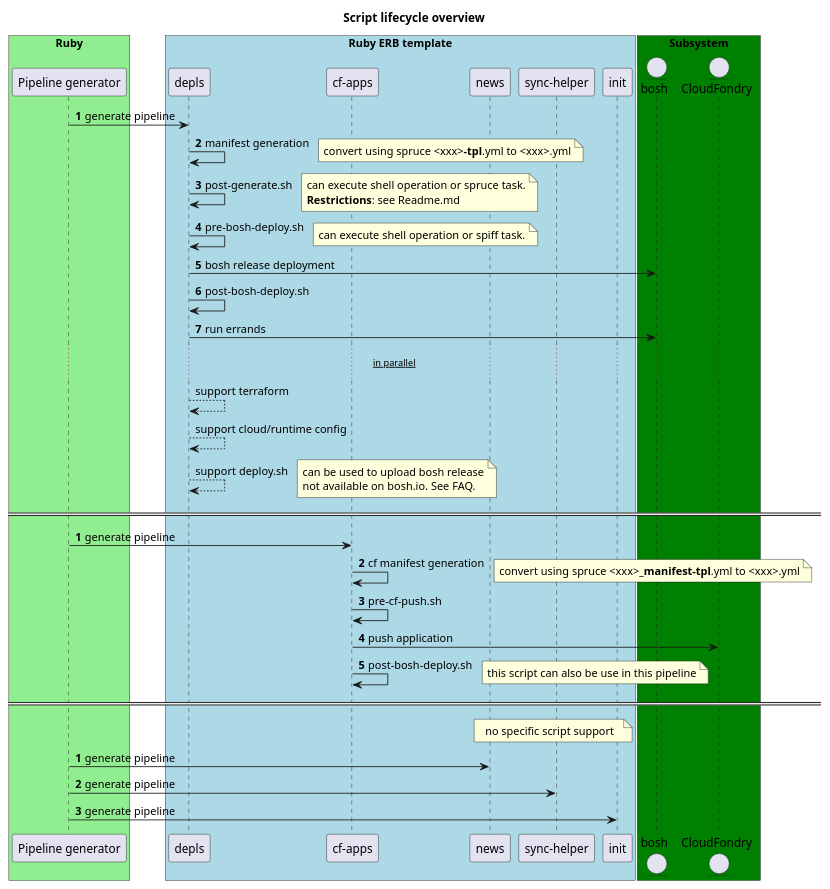
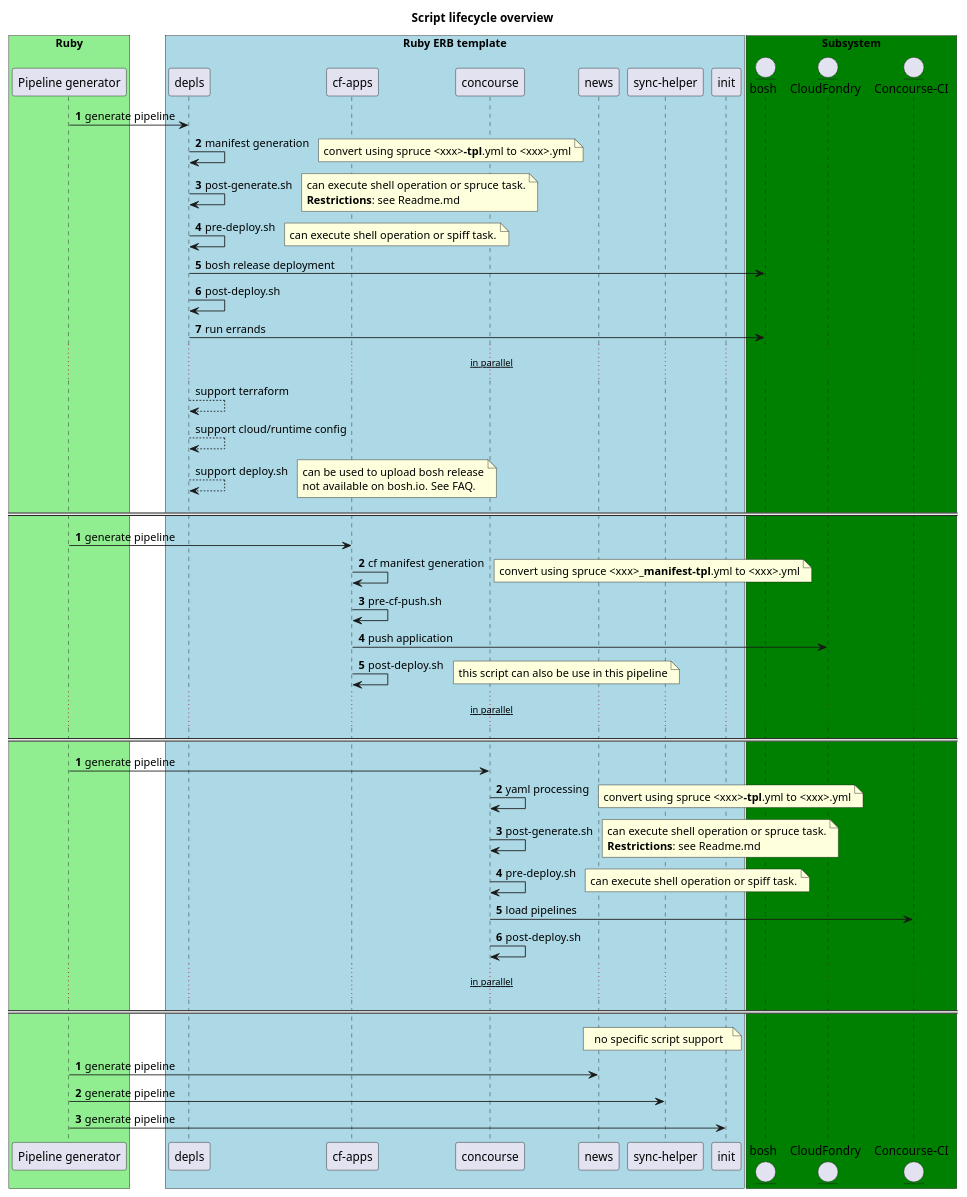
The diagram in docs/script-lifecycle-overview.puml (orange-cloudfoundry/cf-ops-automation), drawn with PlantUML before and after one commit. The commit also changed 9 other files, not shown here.

First line of the commit message:
task(spiff_pre_deploy): support pre-deploy.sh hook and refactor

```diff
--- a/docs/script-lifecycle-overview.puml
+++ b/docs/script-lifecycle-overview.puml
@@ -1,69 +1,94 @@
 @startuml
 title
  Script lifecycle overview
 end title
 box "Ruby" #LightGreen
 	participant "Pipeline generator" as generator
 end box
 
 box "Ruby ERB template" #LightBlue
 	participant depls
 	participant "cf-apps"
+	participant concourse
 	participant news
 	participant "sync-helper"
 	participant init
 end box
 
 box "Subsystem" #Green
 	entity bosh
 	entity CloudFondry as CF
+	entity "Concourse-CI" as CI
 end box
 autonumber
 
 generator -> depls: generate pipeline
 depls -> depls: manifest generation
     note right: convert using spruce <xxx>**-tpl**.yml to <xxx>.yml
  
 depls -> depls: post-generate.sh
     note right
      can execute shell operation or spruce task.
      **Restrictions**: see Readme.md
     end note
-depls -> depls:  pre-bosh-deploy.sh
+depls -> depls:  pre-deploy.sh
     note right: can execute shell operation or spiff task.
 
 depls -> bosh: bosh release deployment
-depls -> depls: post-bosh-deploy.sh
+depls -> depls: post-deploy.sh
 depls -> bosh: run errands
 ... ~~in parallel~~ ...
 autonumber stop
 depls --> depls: support terraform
 depls --> depls: support cloud/runtime config
 depls --> depls: support deploy.sh
     note right
         can be used to upload bosh release
         not available on bosh.io. See FAQ.
     end note
 
 == ==
 autonumber 1
 
 generator -> "cf-apps": generate pipeline
 "cf-apps" -> "cf-apps": cf manifest generation
     note right: convert using spruce <xxx>**_manifest-tpl**.yml to <xxx>.yml
 "cf-apps" -> "cf-apps": pre-cf-push.sh
 "cf-apps" -> CF: push application
-"cf-apps" -> "cf-apps": post-bosh-deploy.sh
+"cf-apps" -> "cf-apps": post-deploy.sh
     note right: this script can also be use in this pipeline
+autonumber stop
+... ~~in parallel~~ ...
+
+== ==
+autonumber 1
+
+generator -> concourse: generate pipeline
+concourse -> concourse: yaml processing
+    note right: convert using spruce <xxx>**-tpl**.yml to <xxx>.yml
+ 
+concourse -> concourse: post-generate.sh
+    note right
+     can execute shell operation or spruce task.
+     **Restrictions**: see Readme.md
+    end note
+concourse -> concourse:  pre-deploy.sh
+    note right: can execute shell operation or spiff task.
+
+concourse -> CI: load pipelines
+concourse -> concourse: post-deploy.sh
+... ~~in parallel~~ ...
+autonumber stop
+
 
 == ==
 autonumber 1
     note over news, init
         no specific script support
     end note
 generator -> news: generate pipeline
 generator -> "sync-helper": generate pipeline
 generator -> "init": generate pipeline
 
 
 @enduml
```
